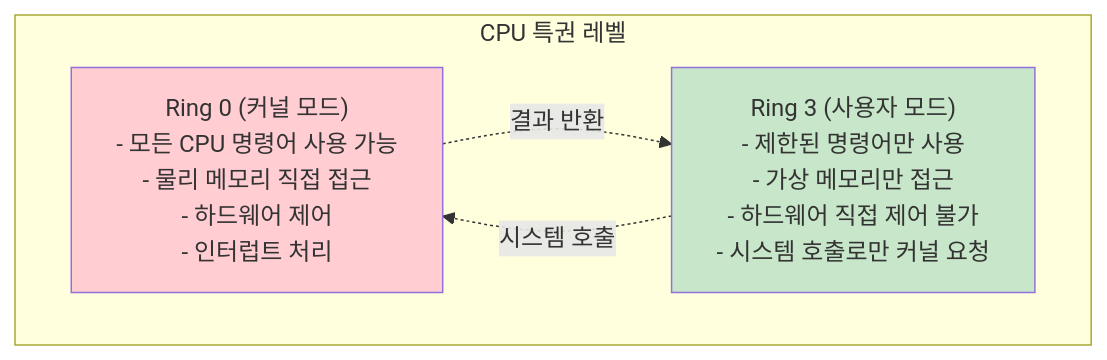
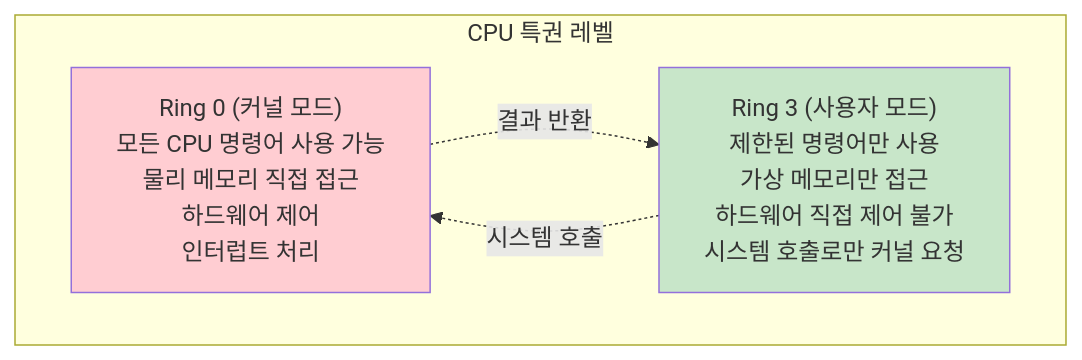
One commit to choru-k/choru-wiki changed the second of 5 diagrams in docs/cs/guide/chapter-04-syscall-kernel/04-01-01-system-call-basics.md. Above: the diagram before and after it, drawn with Mermaid. The commit also changed other lines of this file and 5 other files, not shown here.

First line of the commit message:
fix: resolve all Mermaid diagram syntax errors in Chapter 4 System Call & Kernel

````diff
--- a/docs/cs/guide/chapter-04-syscall-kernel/04-01-01-system-call-basics.md
+++ b/docs/cs/guide/chapter-04-syscall-kernel/04-01-01-system-call-basics.md
@@ -82,22 +82,22 @@
 ```mermaid
 graph TB
     subgraph "CPU 특권 레벨"
         R0["Ring 0 (커널 모드)
-        - 모든 CPU 명령어 사용 가능
-        - 물리 메모리 직접 접근
-        - 하드웨어 제어
-        - 인터럽트 처리"]
+모든 CPU 명령어 사용 가능
+물리 메모리 직접 접근
+하드웨어 제어
+인터럽트 처리"]
         
-        R3["Ring 3 (사용자 모드)  
-        - 제한된 명령어만 사용
-        - 가상 메모리만 접근
-        - 하드웨어 직접 제어 불가
-        - 시스템 호출로만 커널 요청"]
+        R3["Ring 3 (사용자 모드)
+제한된 명령어만 사용
+가상 메모리만 접근
+하드웨어 직접 제어 불가
+시스템 호출로만 커널 요청"]
     end
     
     R3 -."시스템 호출".-> R0
     R0 -."결과 반환".-> R3
     
     style R0 fill:#FFCDD2
     style R3 fill:#C8E6C9
 ```
````
